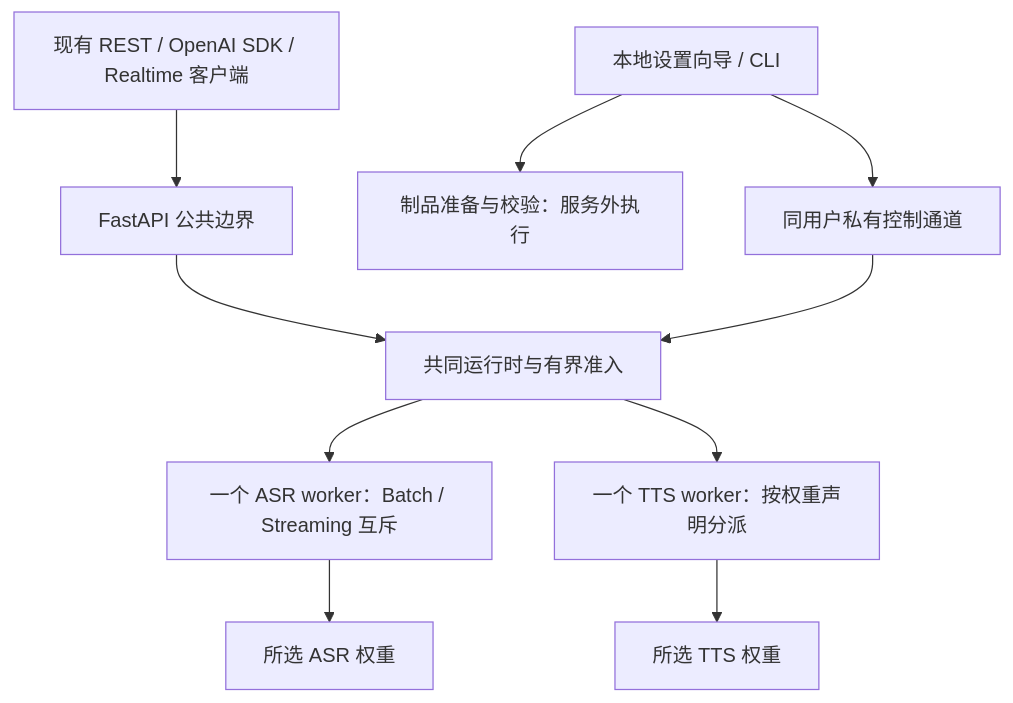
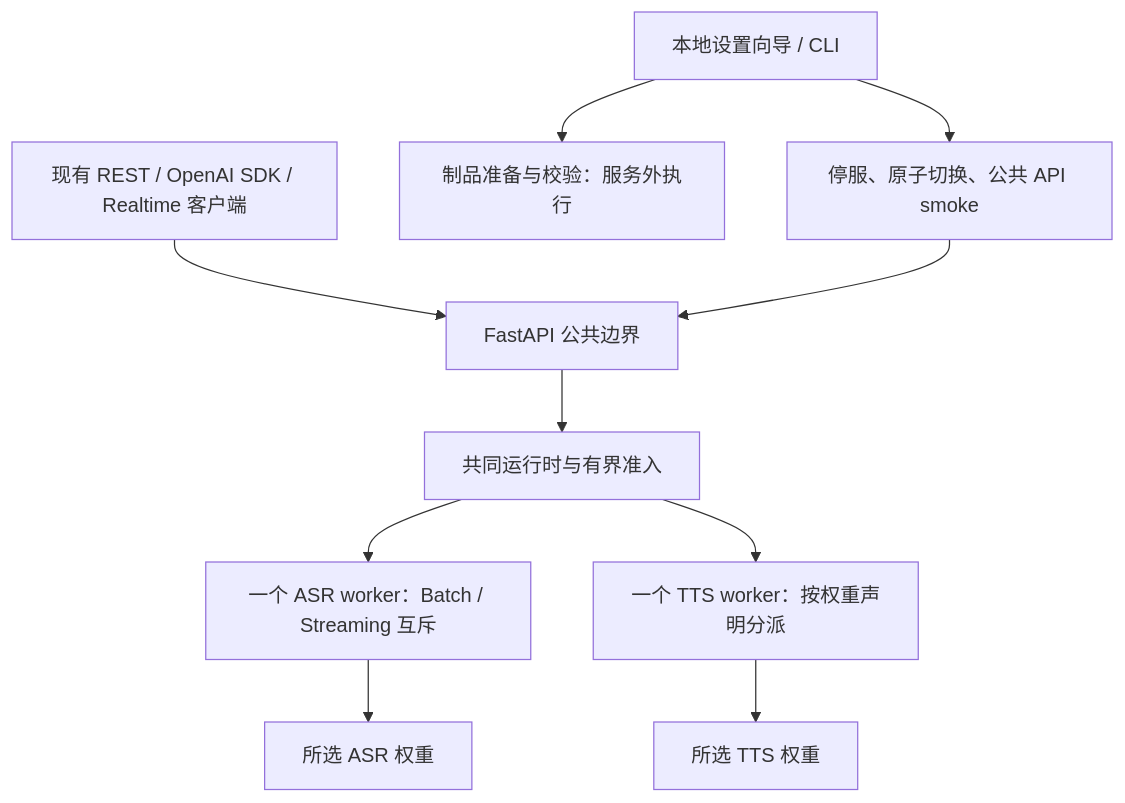
Before and after one commit to hrygo/SpeechRail: the diagram in docs/archive/process/2026-09-05-low-memory-mac-architecture-proposal.md, drawn with Mermaid. The commit also changed other lines of this file and 27 other files, not shown here.

````diff
--- a/docs/archive/process/2026-09-05-low-memory-mac-architecture-proposal.md
+++ b/docs/archive/process/2026-09-05-low-memory-mac-architecture-proposal.md
@@ -37,12 +38,12 @@
 ```mermaid
 flowchart TD
     C[现有 REST / OpenAI SDK / Realtime 客户端] --> H[FastAPI 公共边界]
     H --> M[共同运行时与有界准入]
     M --> A[一个 ASR worker：Batch / Streaming 互斥]
     M --> T[一个 TTS worker：按权重声明分派]
     S[本地设置向导 / CLI] --> P[制品准备与校验：服务外执行]
-    S --> U[同用户私有控制通道]
-    U --> M
+    S --> U[停服、原子切换、公共 API smoke]
+    U --> H
     A --> AW[所选 ASR 权重]
     T --> TW[所选 TTS 权重]
 ```
````
